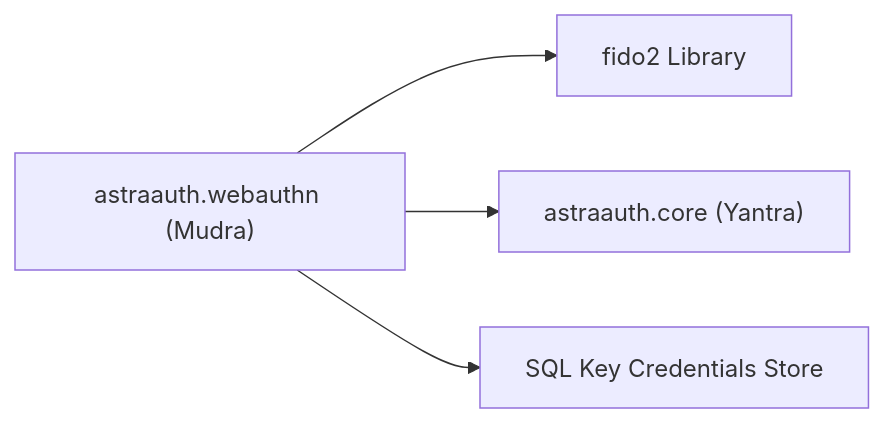
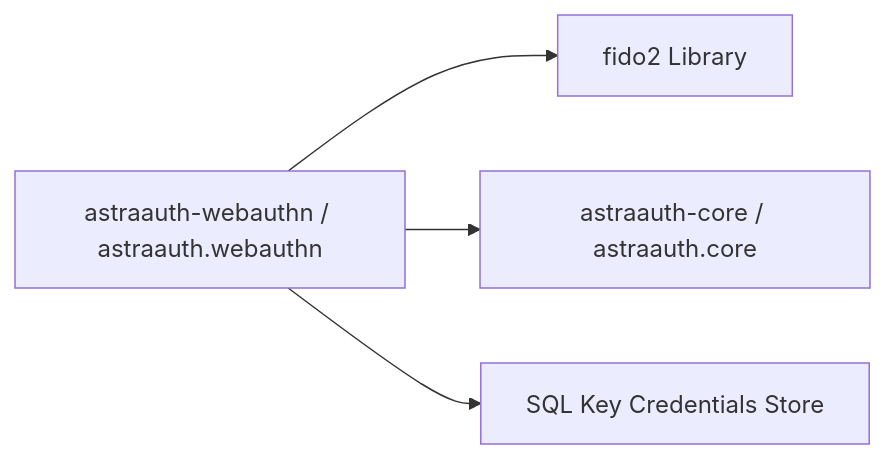
One commit to groverankur/Astra changed diagram 11 of 17 in docs/about/package_detailed_references.md. Above: the diagram before and after it, drawn with Mermaid. The commit also changed other lines of this file and 59 other files, not shown here.

````diff
--- a/docs/about/package_detailed_references.md
+++ b/docs/about/package_detailed_references.md
@@ -262,11 +262,11 @@
 ```mermaid
 graph LR
-    Mudra["astraauth.webauthn (Mudra)"]
+    Mudra["astraauth-webauthn / astraauth.webauthn"]
     FIDO2["fido2 Library"]
-    Core["astraauth.core (Yantra)"]
+    Core["astraauth-core / astraauth.core"]
     WebAuthnStore["SQL Key Credentials Store"]
 
     Mudra --> FIDO2
     Mudra --> Core
     Mudra --> WebAuthnStore
 ```
````
